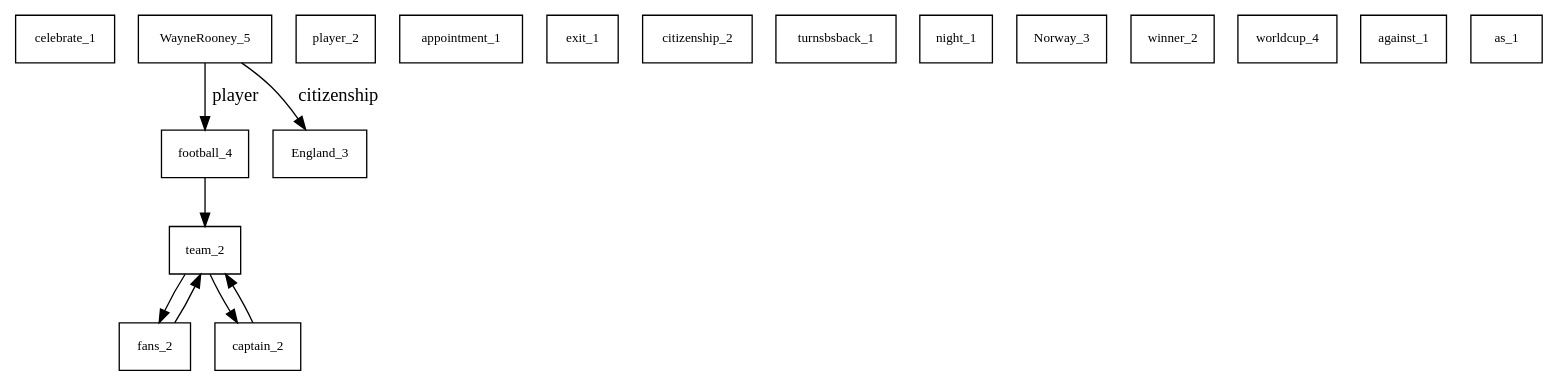
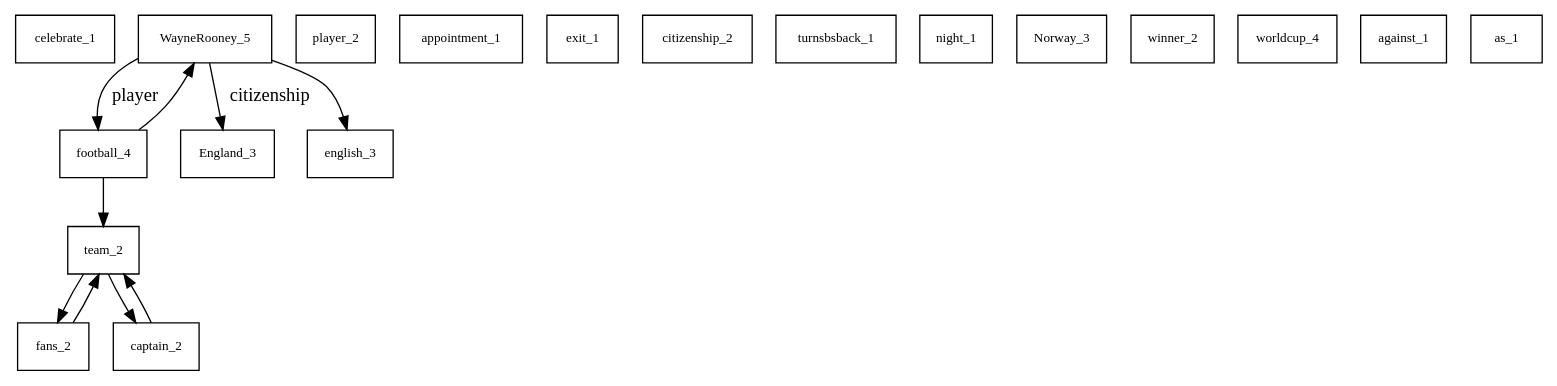
Before and after one commit to Nadrieril/psc: the diagram in RC/RC.dot, drawn with Graphviz. The commit also changed 35 other files, not shown here.

```diff
--- a/RC/RC.dot
+++ b/RC/RC.dot
@@ -1,28 +1,31 @@
 digraph G { /*Mettre d'abord tous les noeuds (nom_ic_activation) avec shape=box*/
 	celebrate_1 [shape=box,fontsize=10];
 	WayneRooney_5 [shape=box,fontsize=10];
 	player_2 [shape=box,fontsize=10];
 	appointment_1 [shape=box,fontsize=10];
 	exit_1 [shape=box,fontsize=10];
 	citizenship_2 [shape=box,fontsize=10];
 	turnsbsback_1 [shape=box,fontsize=10];
 	night_1 [shape=box,fontsize=10];
 	fans_2 [shape=box,fontsize=10];
 	football_4 [shape=box,fontsize=10];
 	England_3 [shape=box,fontsize=10];
 	team_2 [shape=box,fontsize=10];
 	captain_2 [shape=box,fontsize=10];
 	Norway_3 [shape=box,fontsize=10];
 	winner_2 [shape=box,fontsize=10];
 	worldcup_4 [shape=box,fontsize=10];
 	against_1 [shape=box,fontsize=10];
 	as_1 [shape=box,fontsize=10];
+	english_3 [shape=box,fontsize=10];
 	/*Mettre ensuite toutes les arêtes avec label s'il y en a un, et le poids obligatoire entre 0 et 100*/
-	team_2 -> fans_2 [weight=30]
-	fans_2 -> team_2 [weight=30]
-	team_2 -> captain_2 [weight=30]
-	captain_2 -> team_2 [weight=30]
+	team_2 -> fans_2 [weight=20]
+	fans_2 -> team_2 [weight=20]
+	team_2 -> captain_2 [weight=20]
+	captain_2 -> team_2 [weight=20]
+	WayneRooney_5 -> english_3 [weight=50]
 	WayneRooney_5 -> England_3 [label="citizenship",weight=50]
 	WayneRooney_5 -> football_4 [label="player",weight=70];
-	football_4 -> team_2 [weight=50]
+	football_4 -> team_2 [weight=20]
+	football_4 -> WayneRooney_5 [weight=30]
 }
```
